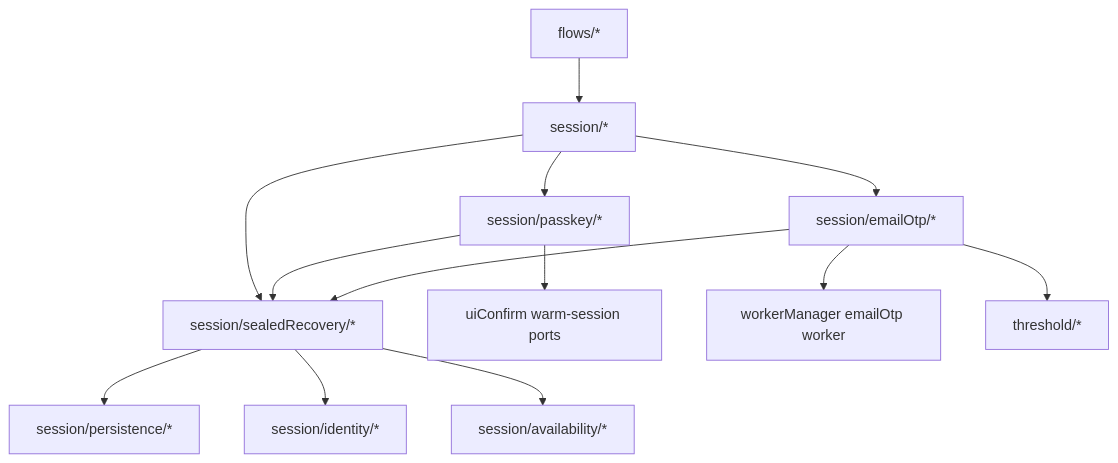
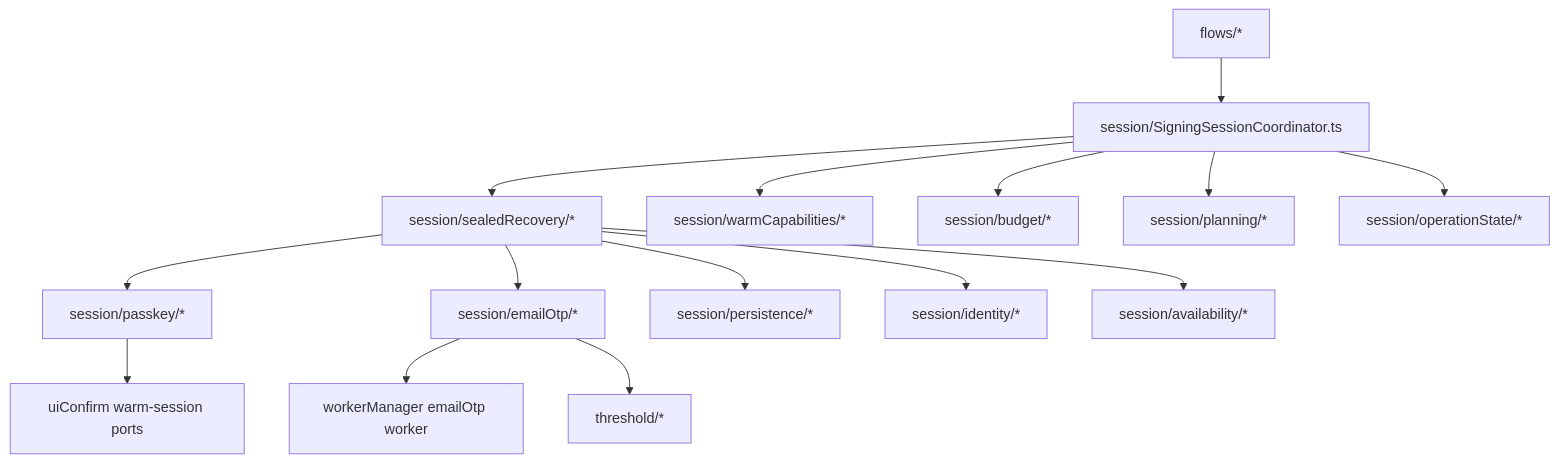
One commit to seams-tech/seams-sdk changed the diagram in docs/refactor-35-sealed-recovery.md. Above: the diagram before and after it, drawn with Mermaid. The commit also changed other lines of this file and 198 other files, not shown here.

Commit message:
Refactor signing session recovery and step-up flows

````diff
--- a/docs/refactor-35-sealed-recovery.md
+++ b/docs/refactor-35-sealed-recovery.md
@@ -107,17 +114,19 @@
 ```mermaid
 flowchart TD
-  FLOW["flows/*"] --> SESSION["session/*"]
-  SESSION --> RECOVERY["session/sealedRecovery/*"]
-  SESSION --> PASSKEY["session/passkey/*"]
-  SESSION --> EMAIL["session/emailOtp/*"]
+  FLOW["flows/*"] --> COORD["session/SigningSessionCoordinator.ts"]
+  COORD --> RECOVERY["session/sealedRecovery/*"]
+  COORD --> WARM["session/warmCapabilities/*"]
+  COORD --> BUDGET["session/budget/*"]
+  COORD --> PLAN["session/planning/*"]
+  COORD --> STATE["session/operationState/*"]
+  RECOVERY --> PASSKEY["session/passkey/*"]
+  RECOVERY --> EMAIL["session/emailOtp/*"]
 
-  PASSKEY --> RECOVERY
-  EMAIL --> RECOVERY
   RECOVERY --> PERSIST["session/persistence/*"]
   RECOVERY --> IDENTITY["session/identity/*"]
   RECOVERY --> AVAIL["session/availability/*"]
 
   PASSKEY --> UI["uiConfirm warm-session ports"]
   EMAIL --> WORKERS["workerManager emailOtp worker"]
   EMAIL --> THRESHOLD["threshold/*"]
 ```
````
